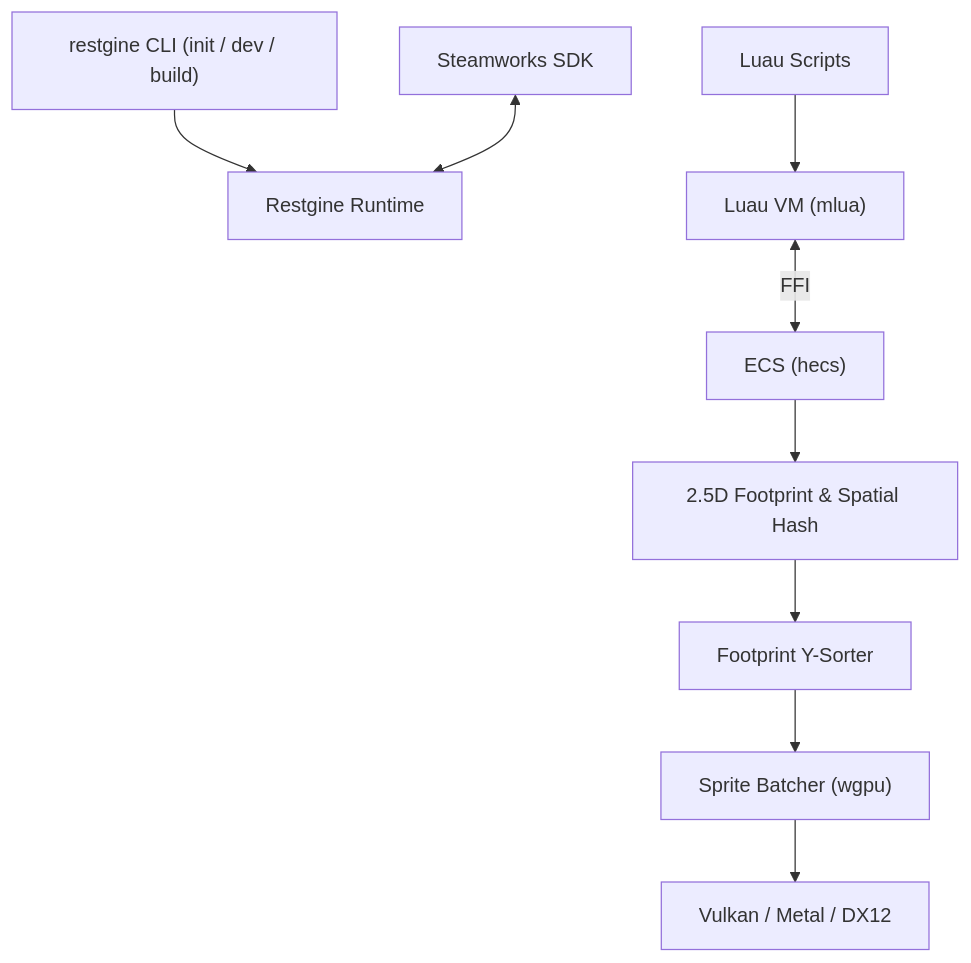
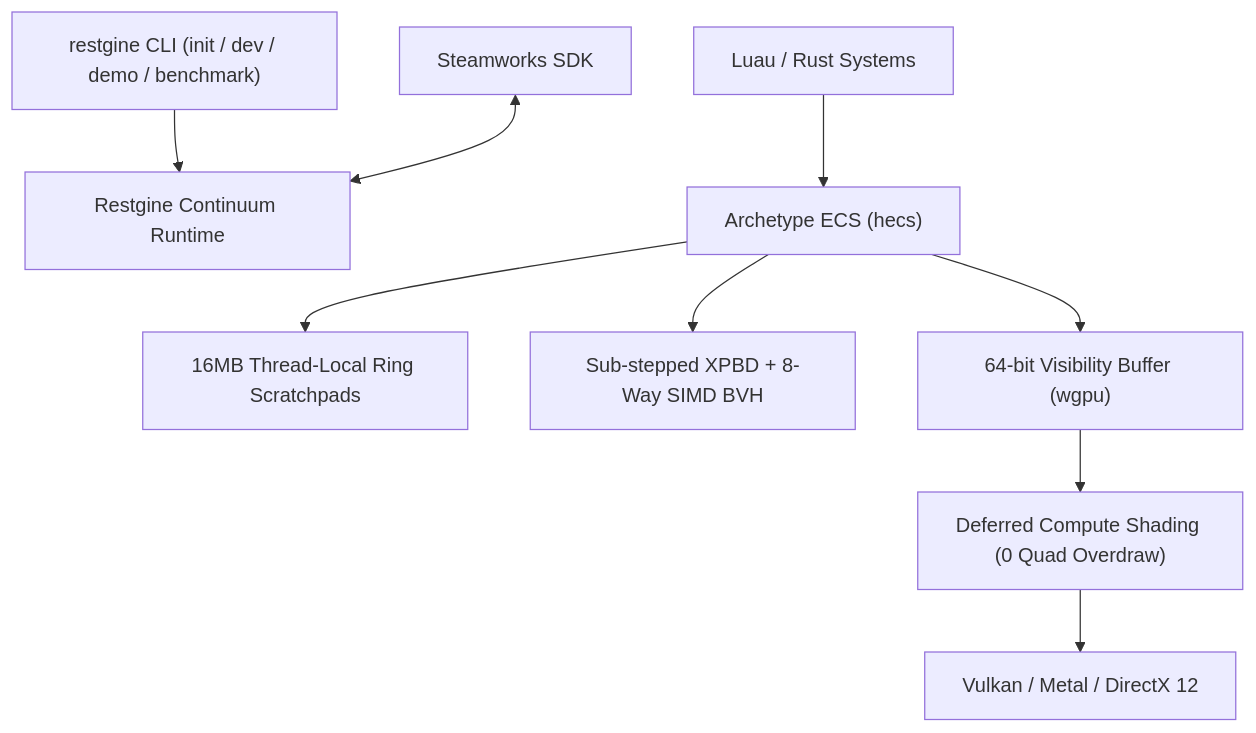
Before and after one commit to PilohWhy/restgine: the diagram in README.md, drawn with Mermaid. The commit also changed other lines of this file and 20 other files, not shown here.

Commit message:
feat: 2D/3D continuum architecture, uncapped benchmark, and visibility buffer

````diff
--- a/README.md
+++ b/README.md
@@ -23,11 +23,11 @@
 ```mermaid
 flowchart TD
-    CLI["restgine CLI (init / dev / build)"] --> Runtime
-    Scripts["Luau Scripts"] --> LuauVM["Luau VM (mlua)"]
-    LuauVM <-->|"FFI"| ECS["ECS (hecs)"]
-    ECS --> Physics["2.5D Footprint & Spatial Hash"]
-    Physics --> Sorter["Footprint Y-Sorter"]
-    Sorter --> Batcher["Sprite Batcher (wgpu)"]
-    Batcher --> GPU["Vulkan / Metal / DX12"]
-    Steam["Steamworks SDK"] <--> Runtime["Restgine Runtime"]
+    CLI["restgine CLI (init / dev / demo / benchmark)"] --> Runtime
+    Scripts["Luau / Rust Systems"] --> ECS["Archetype ECS (hecs)"]
+    ECS --> Scratch["16MB Thread-Local Ring Scratchpads"]
+    ECS --> Physics["Sub-stepped XPBD + 8-Way SIMD BVH"]
+    ECS --> VisBuffer["64-bit Visibility Buffer (wgpu)"]
+    VisBuffer --> Shading["Deferred Compute Shading (0 Quad Overdraw)"]
+    Shading --> GPU["Vulkan / Metal / DirectX 12"]
+    Steam["Steamworks SDK"] <--> Runtime["Restgine Continuum Runtime"]
 ```
````
